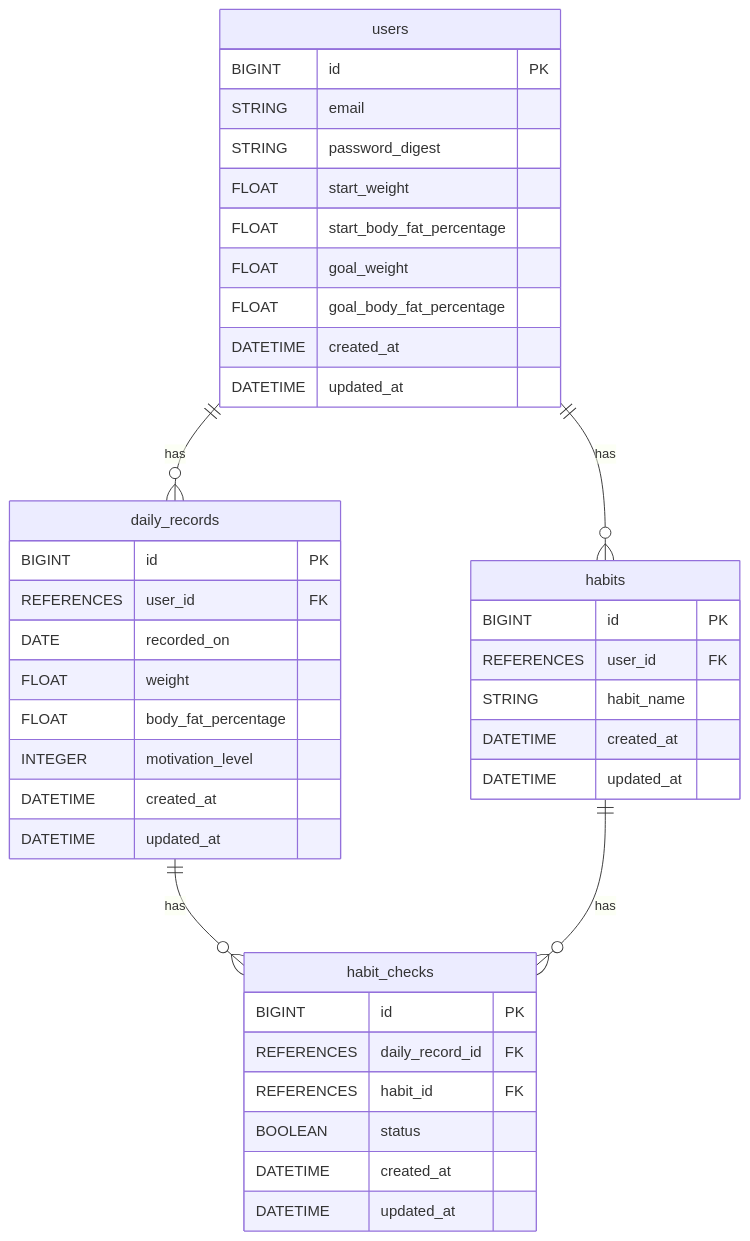
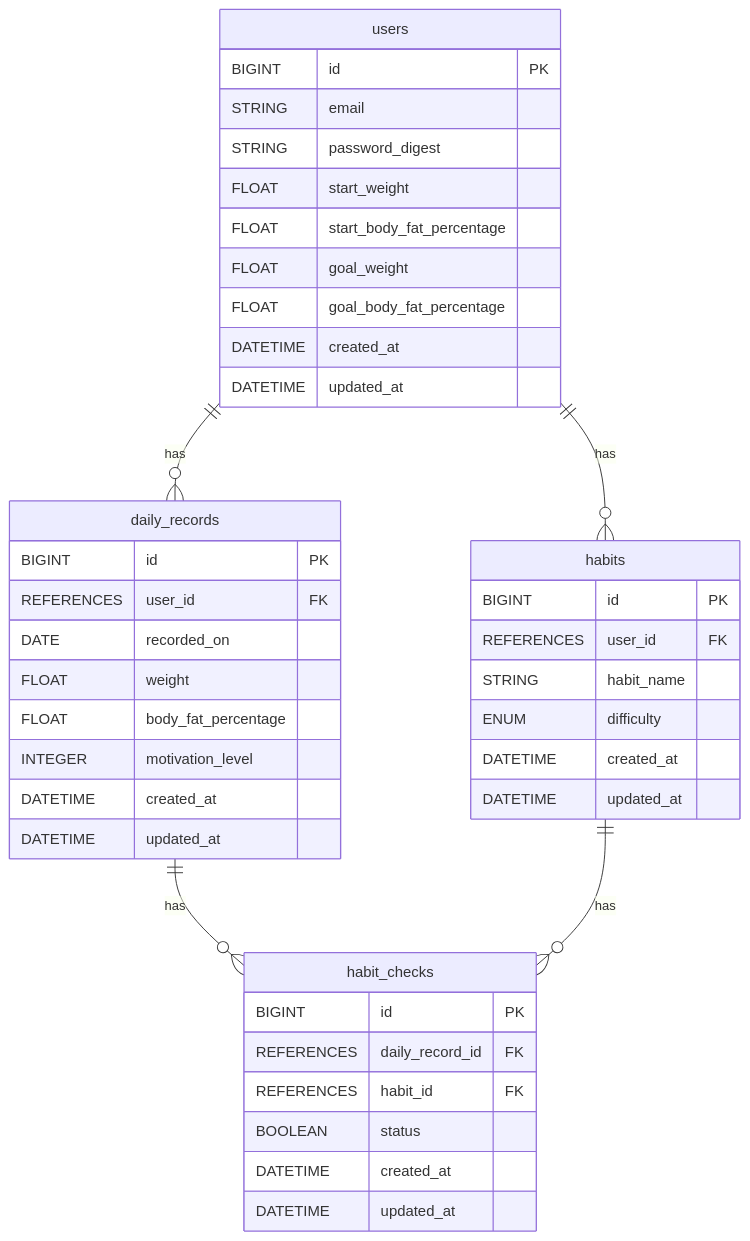
One commit to ku6mi52/MyHabit changed the diagram in README.md. Above: the diagram before and after it, drawn with Mermaid. The commit also changed other lines of this file, not shown here.

First line of the commit message:
Add class diagram to README

````diff
--- a/README.md
+++ b/README.md
@@ -33,44 +81,45 @@
 ```mermaid
 erDiagram
 	users{
 		BIGINT id PK
 		STRING email
 		STRING password_digest
 		FLOAT start_weight
 		FLOAT start_body_fat_percentage
 		FLOAT goal_weight
 		FLOAT goal_body_fat_percentage
 		DATETIME created_at
 		DATETIME updated_at
 	}
 	daily_records{
 		BIGINT id PK
 		REFERENCES user_id FK
 		DATE recorded_on
 		FLOAT weight
 		FLOAT body_fat_percentage
 		INTEGER motivation_level
 		DATETIME created_at
 		DATETIME updated_at
 	}
 	habits{
 		BIGINT id PK
 		REFERENCES user_id FK
 		STRING habit_name
+		ENUM difficulty
 		DATETIME created_at
 		DATETIME updated_at
 	}
 	habit_checks{
 		BIGINT id PK
 		REFERENCES daily_record_id FK
 		REFERENCES habit_id FK
 		BOOLEAN status
 		DATETIME created_at
 		DATETIME updated_at
 	}
 	
 	users ||--o{ daily_records :has
 	users ||--o{ habits :has
 	daily_records ||--o{ habit_checks :has
 	habits ||--o{ habit_checks :has
 ```
````
